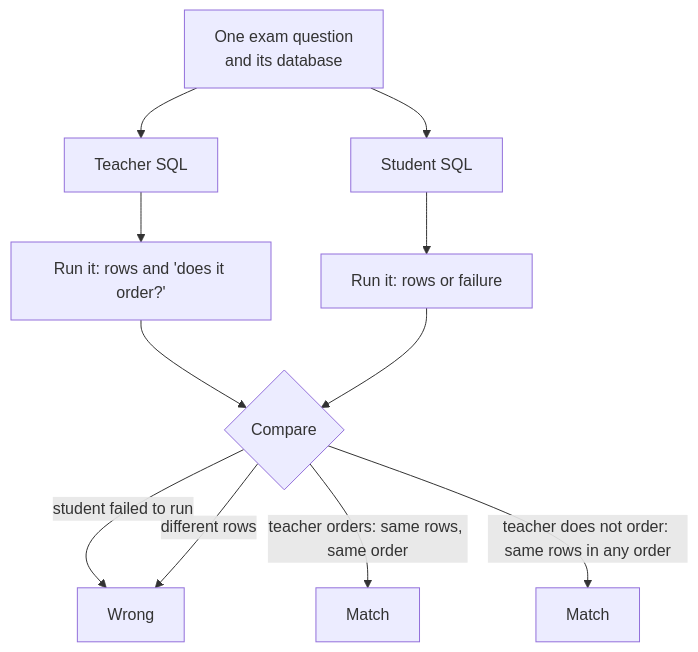
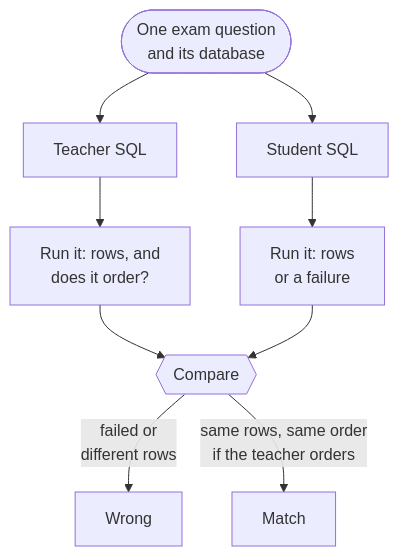
The second of 3 diagrams in docs-site/src/content/docs/guides/text-to-sql.mdx (harshbhx/ratchet), drawn with Mermaid before and after one commit. The commit also changed other lines of this file and 25 other files, not shown here.

````diff
--- a/docs-site/src/content/docs/guides/text-to-sql.mdx
+++ b/docs-site/src/content/docs/guides/text-to-sql.mdx
@@ -104,13 +141,16 @@
 ```mermaid
-flowchart TD
-  E["One exam question<br/>and its database"] --> TQ["Teacher SQL"]
+flowchart TB
+  E(["One exam question<br/>and its database"]) --> TQ["Teacher SQL"]
   E --> SQ["Student SQL"]
-  TQ --> TR["Run it: rows and 'does it order?'"]
-  SQ --> SR["Run it: rows or failure"]
-  TR --> CMP{"Compare"}
+  TQ --> TR["Run it: rows, and<br/>does it order?"]
+  SQ --> SR["Run it: rows<br/>or a failure"]
+  TR --> CMP{{"Compare"}}
   SR --> CMP
-  CMP -->|"student failed to run"| W["Wrong"]
-  CMP -->|"teacher orders: same rows, same order"| OK1["Match"]
-  CMP -->|"teacher does not order: same rows in any order"| OK2["Match"]
-  CMP -->|"different rows"| W
+  CMP -->|"failed or<br/>different rows"| W["Wrong"]
+  CMP -->|"same rows, same order<br/>if the teacher orders"| OK["Match"]
+  class TQ teacher
+  class SQ student
+  class CMP gate
+  class W danger
+  class OK ok
 ```
````
